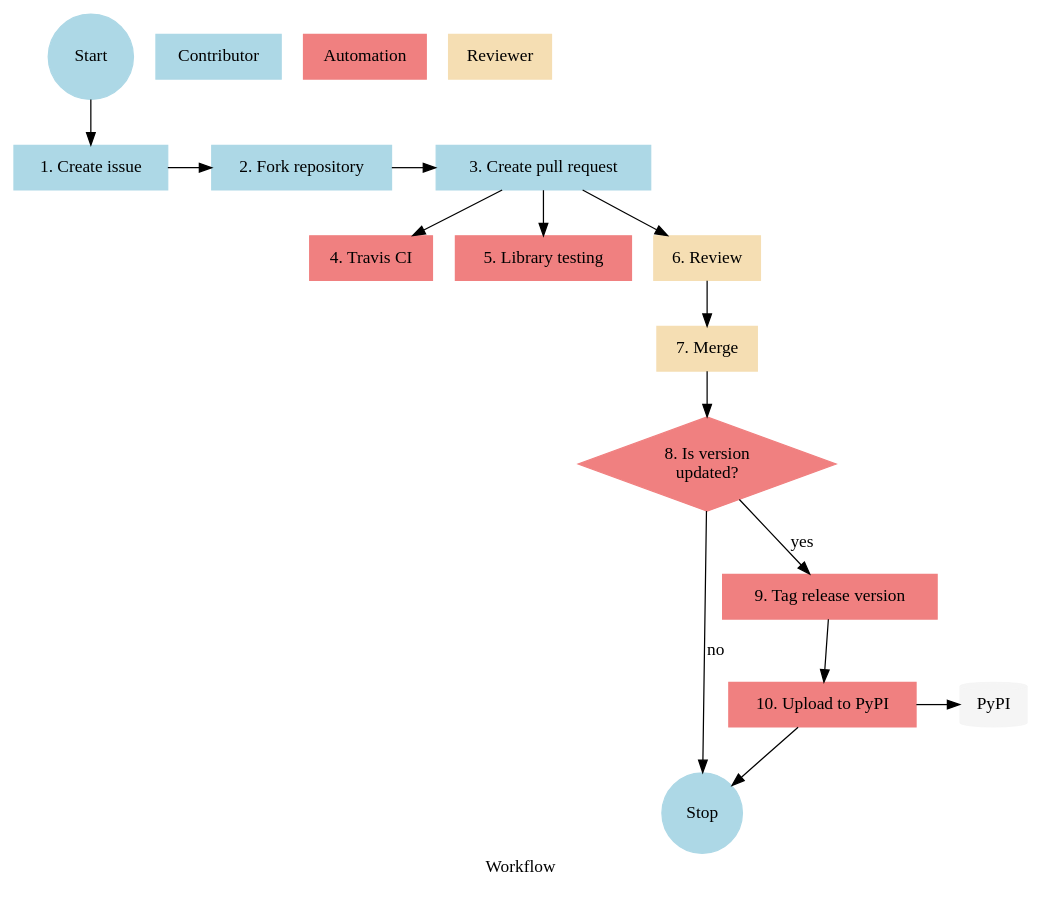
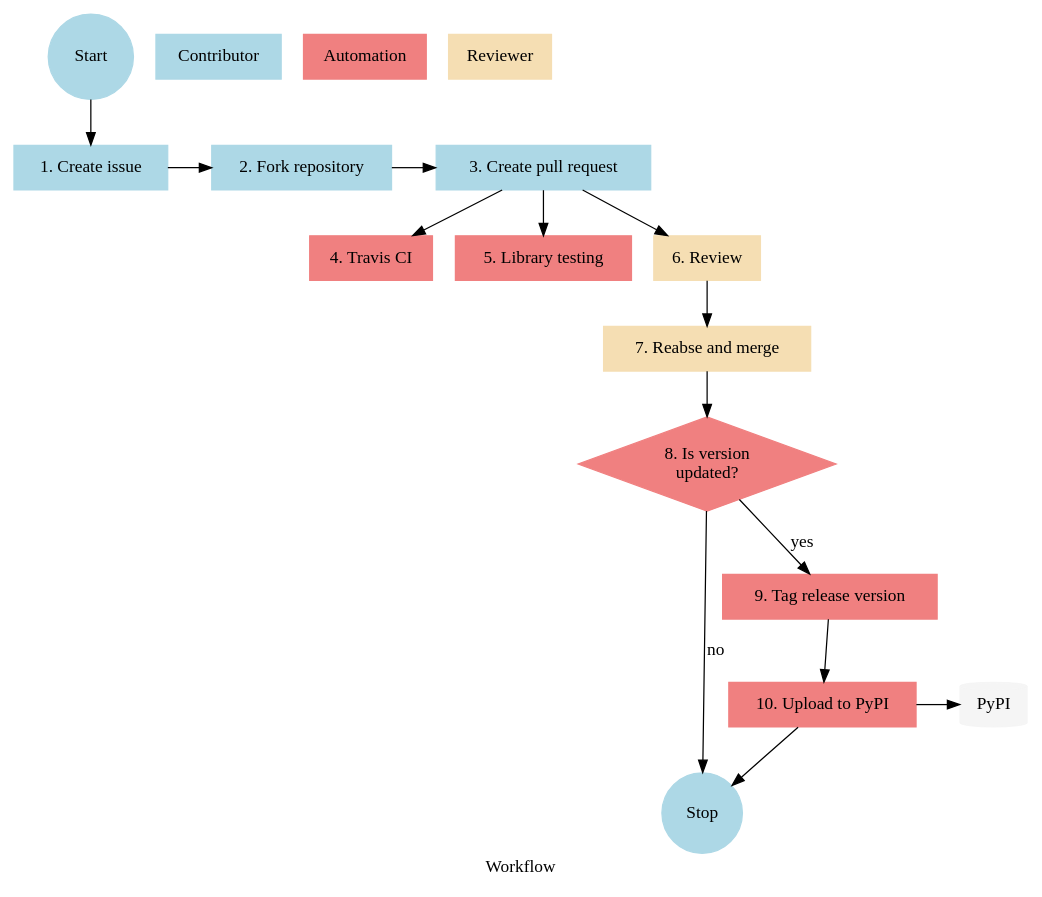
The diagram in sphinxdocs/workflow.rst (nokia/crl-devutils), drawn with Graphviz before and after one commit. The commit also changed other lines of this file and 4 other files, not shown here.

```diff
--- a/sphinxdocs/workflow.rst
+++ b/sphinxdocs/workflow.rst
@@ -7,42 +7,42 @@
 .. graphviz::
 
    digraph {
       rankdir=TB
       label="Workflow";
       node [style=filled]
       subgraph sequence {
          node [shape=circle, color=lightblue];
          start [label="Start"];
          stop  [label="Stop"];
          node [shape=box, color=lightblue];
          create [label="1. Create issue"];
          fork [label="2. Fork repository"];
          pull [label="3. Create pull request"];
          node [color=lightcoral]
          travis [label="4. Travis CI"];
          testing [label="5. Library testing"];
          node [shape=box, color=wheat];
          review [label="6. Review"];
-         merge [label="7. Merge"];
+         merge [label="7. Reabse and merge"];
          newversion [label="8. Is version\nupdated?", color=lightcoral, shape=diamond];
          node [shape=box, color=lightcoral];
          tag [label="9. Tag release version"];
          upload [label="10. Upload to PyPI"];
          pypi [shape=cylinder, color=whitesmoke, label="PyPI"];
          start -> create -> fork -> pull -> {travis testing review}
          review -> merge -> newversion;
          newversion -> tag [label="yes"];
          newversion -> stop [label="no"];
          tag -> upload -> {pypi, stop};
          {rank=same; create; fork; pull};
          {rank=same; travis; testing; review};
          {rank=same; upload; pypi}
       }
       subgraph roles {
          node [shape=box]
          contributor [label="Contributor", color=lightblue]
          ci [label="Automation", color=lightcoral]
          reviewer [label="Reviewer", color=wheat]
          {rank=same; contributor;ci;reviewer}
       }
    }
```
